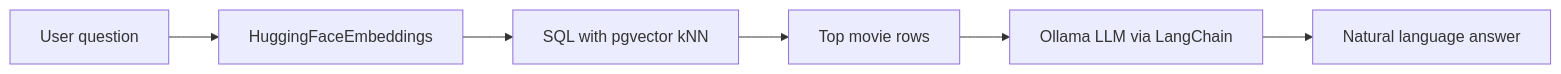
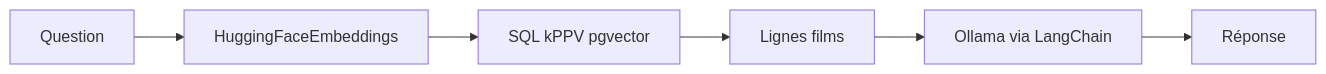
Before and after one commit to antoinebou12/CV: the diagram in hugo/content/posts/vector-databases-similar-movies/index.fr.md, drawn with Mermaid. The commit also changed other lines of this file and 35 other files, not shown here.

````diff
--- a/hugo/content/posts/vector-databases-similar-movies/index.fr.md
+++ b/hugo/content/posts/vector-databases-similar-movies/index.fr.md
@@ -706,8 +197,8 @@
 ```mermaid
 flowchart LR
-  Q[User question] --> E[HuggingFaceEmbeddings]
-  E --> SQL[SQL with pgvector kNN]
-  SQL --> Rows[Top movie rows]
-  Rows --> LLM[Ollama LLM via LangChain]
-  LLM --> A[Natural language answer]
+  Q[Question] --> E[HuggingFaceEmbeddings]
+  E --> SQL[SQL kPPV pgvector]
+  SQL --> Rows[Lignes films]
+  Rows --> LLM[Ollama via LangChain]
+  LLM --> A[Réponse]
 ```
````
